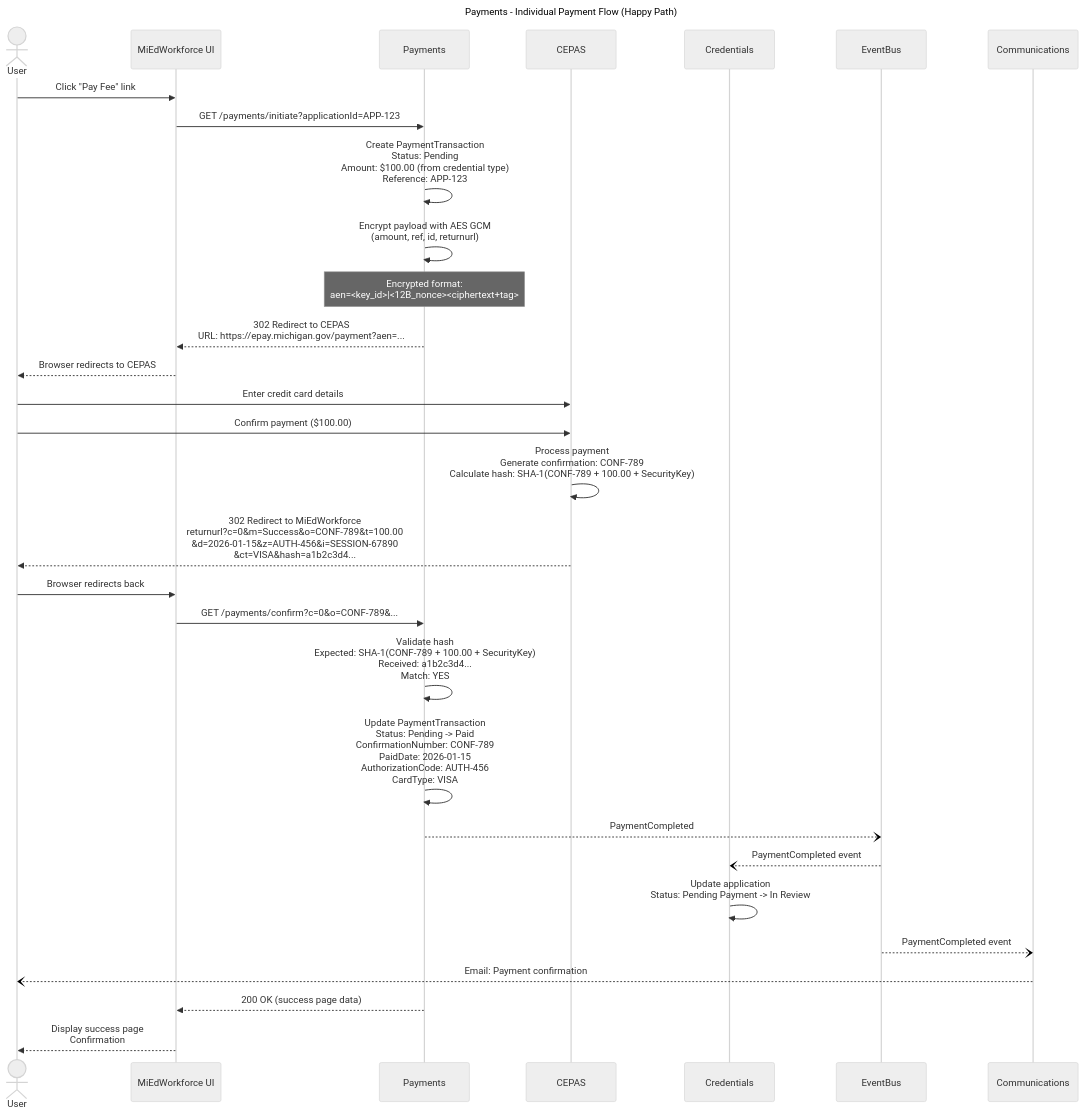
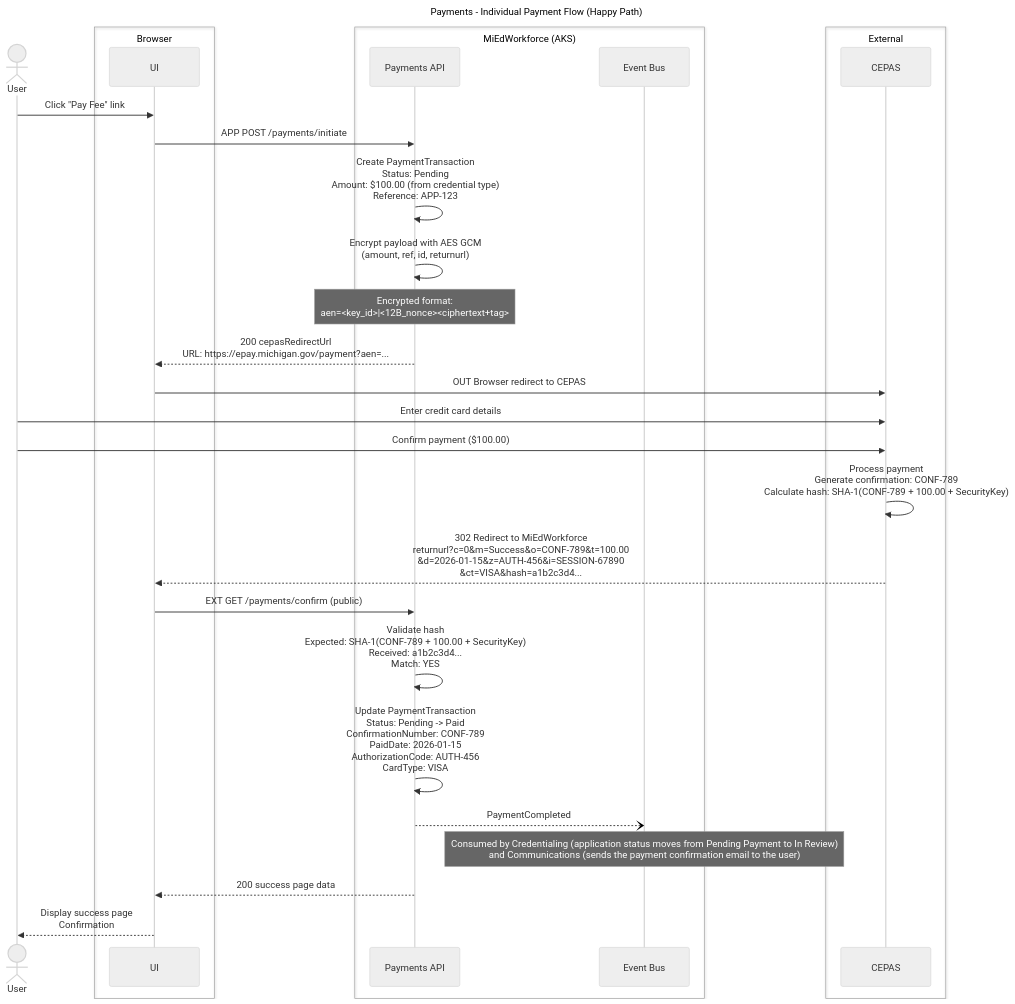
Before and after one commit to mnichols-dl/mied-design: the first of 11 diagrams in working-docs/solution-areas/payments/payments-sequences.md, drawn with Mermaid (neutral theme). The commit also changed other lines of this file and 34 other files, not shown here.

Commit message:
Update sequences and perform RTM assessment

````diff
--- a/working-docs/solution-areas/payments/payments-sequences.md
+++ b/working-docs/solution-areas/payments/payments-sequences.md
@@ -20,48 +23,47 @@
 ```mermaid
 ---
 title: Payments - Individual Payment Flow (Happy Path)
 ---
 sequenceDiagram
     actor User
-    participant UI as MiEdWorkforce UI
-    participant Payments
-    participant CEPAS
-    participant Credentials
-    participant EventBus
-    participant Comms as Communications
-    
+    box Browser
+        participant UI
+    end
+    box MiEdWorkforce (AKS)
+        participant PayApi as Payments API
+        participant EventBus as Event Bus
+    end
+    box External
+        participant CEPAS
+    end
+
     User->>UI: Click "Pay Fee" link
-    UI->>Payments: GET /payments/initiate?applicationId=APP-123
-    
-    Payments->>Payments: Create PaymentTransaction<br/>Status: Pending<br/>Amount: $100.00 (from credential type)<br/>Reference: APP-123
-    Payments->>Payments: Encrypt payload with AES GCM<br/>(amount, ref, id, returnurl)
-    
-    Note over Payments: Encrypted format:<br/>aen=<key_id>|<12B_nonce><ciphertext+tag>
-    
-    Payments-->>UI: 302 Redirect to CEPAS<br/>URL: https://epay.michigan.gov/payment?aen=...
-    UI-->>User: Browser redirects to CEPAS
-    
+    UI->>PayApi: APP POST /payments/initiate
+
+    PayApi->>PayApi: Create PaymentTransaction<br/>Status: Pending<br/>Amount: $100.00 (from credential type)<br/>Reference: APP-123
+    PayApi->>PayApi: Encrypt payload with AES GCM<br/>(amount, ref, id, returnurl)
+
+    Note over PayApi: Encrypted format:<br/>aen=<key_id>|<12B_nonce><ciphertext+tag>
+
+    PayApi-->>UI: 200 cepasRedirectUrl<br/>URL: https://epay.michigan.gov/payment?aen=...
+    UI->>CEPAS: OUT Browser redirect to CEPAS
+
     User->>CEPAS: Enter credit card details
     User->>CEPAS: Confirm payment ($100.00)
-    
+
     CEPAS->>CEPAS: Process payment<br/>Generate confirmation: CONF-789<br/>Calculate hash: SHA-1(CONF-789 + 100.00 + SecurityKey)
-    
-    CEPAS-->>User: 302 Redirect to MiEdWorkforce<br/>returnurl?c=0&m=Success&o=CONF-789&t=100.00<br/>&d=2026-01-15&z=AUTH-456&i=SESSION-67890<br/>&ct=VISA&hash=a1b2c3d4...
-    
-    User->>UI: Browser redirects back
-    UI->>Payments: GET /payments/confirm?c=0&o=CONF-789&...
-    
-    Payments->>Payments: Validate hash<br/>Expected: SHA-1(CONF-789 + 100.00 + SecurityKey)<br/>Received: a1b2c3d4...<br/>Match: YES
-    
-    Payments->>Payments: Update PaymentTransaction<br/>Status: Pending -> Paid<br/>ConfirmationNumber: CONF-789<br/>PaidDate: 2026-01-15<br/>AuthorizationCode: AUTH-456<br/>CardType: VISA
-    
-    Payments--)EventBus: PaymentCompleted
-    EventBus--)Credentials: PaymentCompleted event
-    Credentials->>Credentials: Update application<br/>Status: Pending Payment -> In Review
-    
-    EventBus--)Comms: PaymentCompleted event
-    Comms--)User: Email: Payment confirmation
-    
-    Payments-->>UI: 200 OK (success page data)
+
+    CEPAS-->>UI: 302 Redirect to MiEdWorkforce<br/>returnurl?c=0&m=Success&o=CONF-789&t=100.00<br/>&d=2026-01-15&z=AUTH-456&i=SESSION-67890<br/>&ct=VISA&hash=a1b2c3d4...
+
+    UI->>PayApi: EXT GET /payments/confirm (public)
+
+    PayApi->>PayApi: Validate hash<br/>Expected: SHA-1(CONF-789 + 100.00 + SecurityKey)<br/>Received: a1b2c3d4...<br/>Match: YES
+
+    PayApi->>PayApi: Update PaymentTransaction<br/>Status: Pending -> Paid<br/>ConfirmationNumber: CONF-789<br/>PaidDate: 2026-01-15<br/>AuthorizationCode: AUTH-456<br/>CardType: VISA
+
+    PayApi--)EventBus: PaymentCompleted
+    Note over EventBus: Consumed by Credentialing (application status moves from Pending Payment to In Review)<br/>and Communications (sends the payment confirmation email to the user)
+
+    PayApi-->>UI: 200 success page data
     UI-->>User: Display success page<br/>Confirmation #: CONF-789<br/>Amount: $100.00
 ```
````
